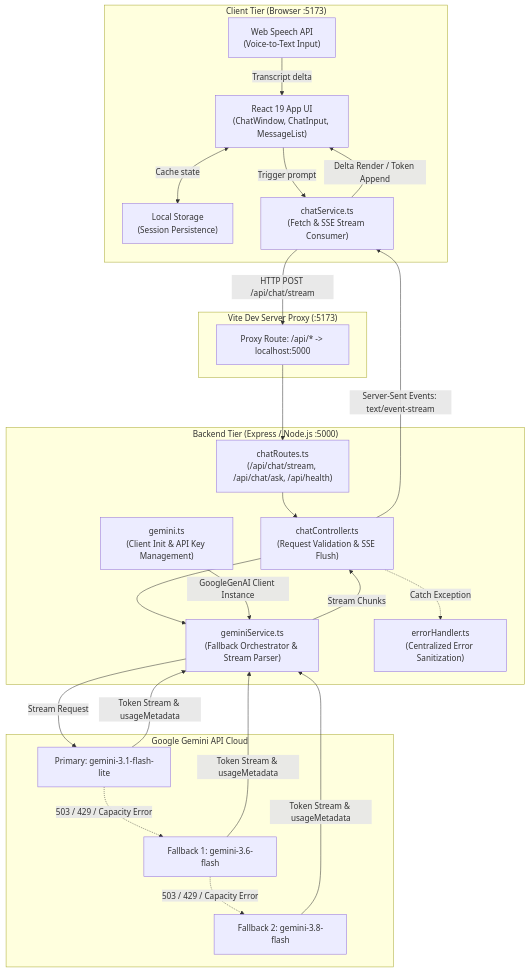
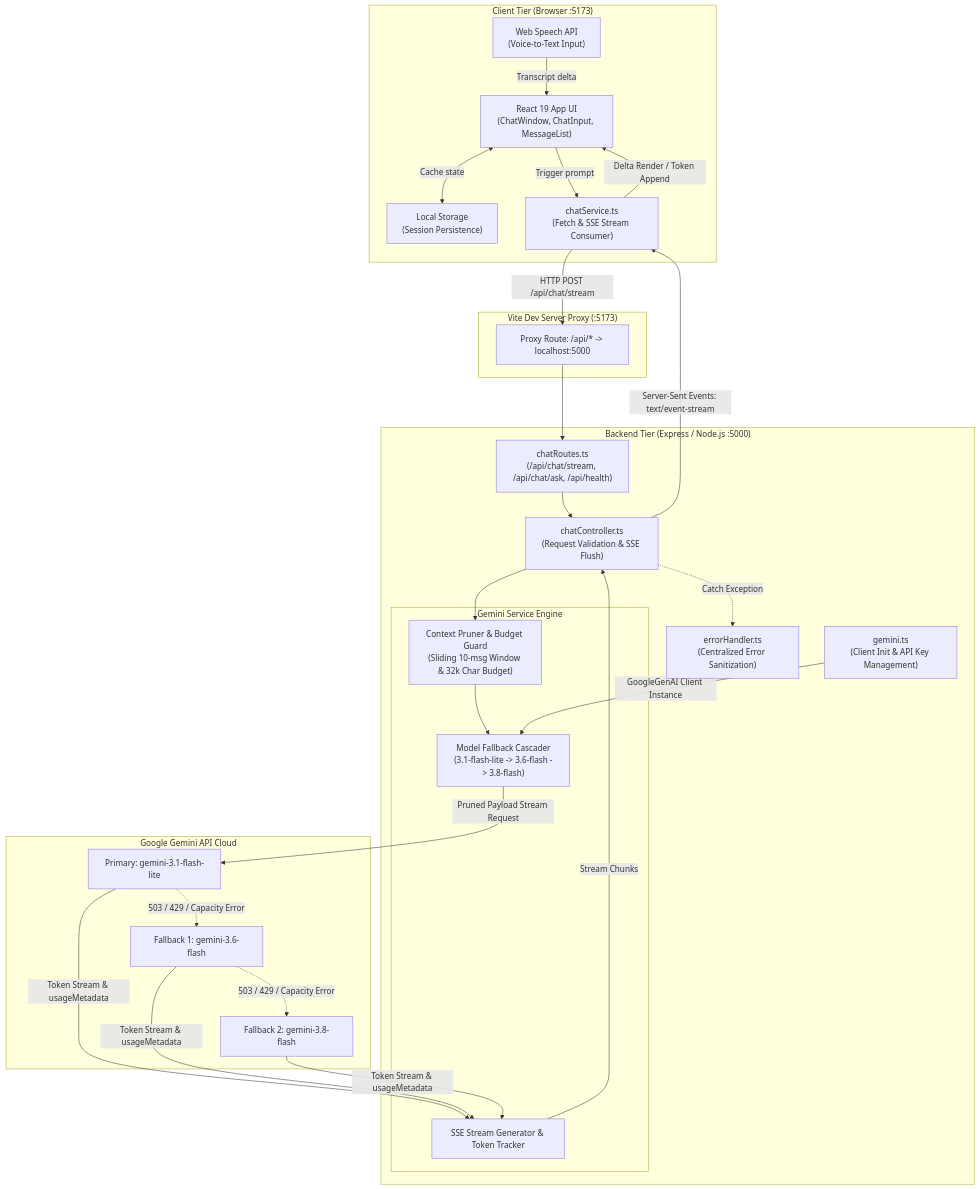
One commit to vikas-kalel/Dev-AI changed the first of 2 diagrams in docs/architecture-v1.md. Above: the diagram before and after it, drawn with Mermaid. The commit also changed other lines of this file and 5 other files, not shown here.

Commit message:
docs: update architecture-v1 doc with sliding window guardrails and remove unused ask endpoint

````diff
--- a/docs/architecture-v1.md
+++ b/docs/architecture-v1.md
@@ -11,54 +11,61 @@
 ```mermaid
 flowchart TD
     subgraph Client["Client Tier (Browser :5173)"]
         UI["React 19 App UI\n(ChatWindow, ChatInput, MessageList)"]
         Speech["Web Speech API\n(Voice-to-Text Input)"]
         Store["Local Storage\n(Session Persistence)"]
         CS["chatService.ts\n(Fetch & SSE Stream Consumer)"]
     end
 
     subgraph Proxy["Vite Dev Server Proxy (:5173)"]
         VP["Proxy Route: /api/* -> localhost:5000"]
     end
 
     subgraph Server["Backend Tier (Express / Node.js :5000)"]
         Router["chatRoutes.ts\n(/api/chat/stream, /api/chat/ask, /api/health)"]
         Controller["chatController.ts\n(Request Validation & SSE Flush)"]
-        GeminiService["geminiService.ts\n(Fallback Orchestrator & Stream Parser)"]
+        
+        subgraph Engine["Gemini Service Engine"]
+            ContextPruner["Context Pruner & Budget Guard\n(Sliding 10-msg Window & 32k Char Budget)"]
+            FallbackMgr["Model Fallback Cascader\n(3.1-flash-lite -> 3.6-flash -> 3.8-flash)"]
+            StreamParser["SSE Stream Generator & Token Tracker"]
+        end
+        
         GeminiConfig["gemini.ts\n(Client Init & API Key Management)"]
         ErrHandler["errorHandler.ts\n(Centralized Error Sanitization)"]
     end
 
     subgraph External["Google Gemini API Cloud"]
         PrimaryModel["Primary: gemini-3.1-flash-lite"]
         FallbackModel1["Fallback 1: gemini-3.6-flash"]
         FallbackModel2["Fallback 2: gemini-3.8-flash"]
     end
 
     %% Client Internal Flow
     Speech -->|Transcript delta| UI
     UI <-->|Cache state| Store
     UI -->|Trigger prompt| CS
 
     %% Client to Server
     CS -->|HTTP POST /api/chat/stream| VP
     VP --> Router
     Router --> Controller
-    Controller --> GeminiService
-    GeminiConfig -->|GoogleGenAI Client Instance| GeminiService
+    Controller --> ContextPruner
+    ContextPruner --> FallbackMgr
+    GeminiConfig -->|GoogleGenAI Client Instance| FallbackMgr
 
     %% Backend to Gemini API
-    GeminiService -->|Stream Request| PrimaryModel
+    FallbackMgr -->|Pruned Payload Stream Request| PrimaryModel
     PrimaryModel -.->|503 / 429 / Capacity Error| FallbackModel1
     FallbackModel1 -.->|503 / 429 / Capacity Error| FallbackModel2
 
     %% SSE Stream Back
-    PrimaryModel -->|Token Stream & usageMetadata| GeminiService
-    FallbackModel1 -->|Token Stream & usageMetadata| GeminiService
-    FallbackModel2 -->|Token Stream & usageMetadata| GeminiService
+    PrimaryModel -->|Token Stream & usageMetadata| StreamParser
+    FallbackModel1 -->|Token Stream & usageMetadata| StreamParser
+    FallbackModel2 -->|Token Stream & usageMetadata| StreamParser
 
-    GeminiService -->|Stream Chunks| Controller
+    StreamParser -->|Stream Chunks| Controller
     Controller -->|Server-Sent Events: text/event-stream| CS
     CS -->|Delta Render / Token Append| UI
     Controller -.->|Catch Exception| ErrHandler
 ```
````
